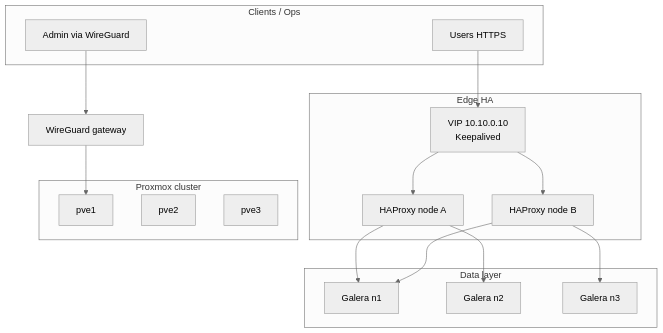
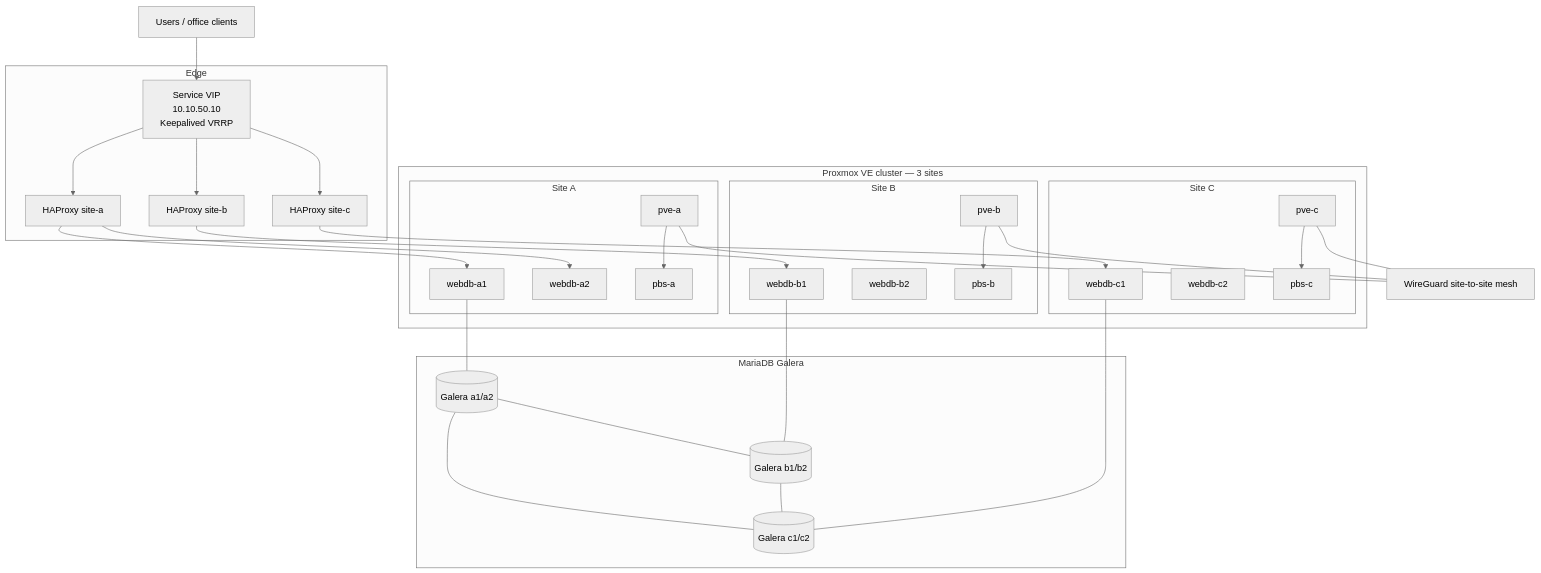
One commit to AgustinRH/proxmox-ha-lab changed the diagram in README.md. Above: the diagram before and after it, drawn with Mermaid (neutral theme). The commit also changed other lines of this file and 10 other files, not shown here.

First line of the commit message:
docs: rewrite portfolio for anonymized 3-site Proxmox HA cluster.

````diff
--- a/README.md
+++ b/README.md
@@ -18,35 +11,61 @@
 ```mermaid
 flowchart TB
-  subgraph clients [Clients / Ops]
-    Admin[Admin via WireGuard]
-    Users[Users HTTPS]
+  users[Users / office clients]
+
+  subgraph edge [Edge]
+    VIP["Service VIP<br/>10.10.50.10<br/>Keepalived VRRP"]
+    HAP_A[HAProxy site-a]
+    HAP_B[HAProxy site-b]
+    HAP_C[HAProxy site-c]
+    VIP --> HAP_A
+    VIP --> HAP_B
+    VIP --> HAP_C
   end
 
-  subgraph edge [Edge HA]
-    VIP["VIP 10.10.0.10<br/>Keepalived"]
-    LB1[HAProxy node A]
-    LB2[HAProxy node B]
-    VIP --> LB1
-    VIP --> LB2
+  subgraph sites [Proxmox VE cluster — 3 sites]
+    subgraph sa [Site A]
+      PVE_A[pve-a]
+      WEB_A1[webdb-a1]
+      WEB_A2[webdb-a2]
+      PBS_A[pbs-a]
+    end
+    subgraph sb [Site B]
+      PVE_B[pve-b]
+      WEB_B1[webdb-b1]
+      WEB_B2[webdb-b2]
+      PBS_B[pbs-b]
+    end
+    subgraph sc [Site C]
+      PVE_C[pve-c]
+      WEB_C1[webdb-c1]
+      WEB_C2[webdb-c2]
+      PBS_C[pbs-c]
+    end
   end
 
-  subgraph compute [Proxmox cluster]
-    PVE1[pve1]
-    PVE2[pve2]
-    PVE3[pve3]
+  subgraph data [MariaDB Galera]
+    G1[(Galera a1/a2)]
+    G2[(Galera b1/b2)]
+    G3[(Galera c1/c2)]
   end
 
-  subgraph data [Data layer]
-    G1[Galera n1]
-    G2[Galera n2]
-    G3[Galera n3]
-  end
+  WG[WireGuard site-to-site mesh]
 
-  Users --> VIP
-  Admin --> WG[WireGuard gateway]
-  WG --> PVE1
-  LB1 --> G1
-  LB1 --> G2
-  LB2 --> G1
-  LB2 --> G3
+  users --> VIP
+  HAP_A --> WEB_A1
+  HAP_A --> WEB_A2
+  HAP_B --> WEB_B1
+  HAP_C --> WEB_C1
+  WEB_A1 --- G1
+  WEB_B1 --- G2
+  WEB_C1 --- G3
+  G1 --- G2
+  G2 --- G3
+  G3 --- G1
+  PVE_A --- WG
+  PVE_B --- WG
+  PVE_C --- WG
+  PVE_A --> PBS_A
+  PVE_B --> PBS_B
+  PVE_C --> PBS_C
 ```
````
